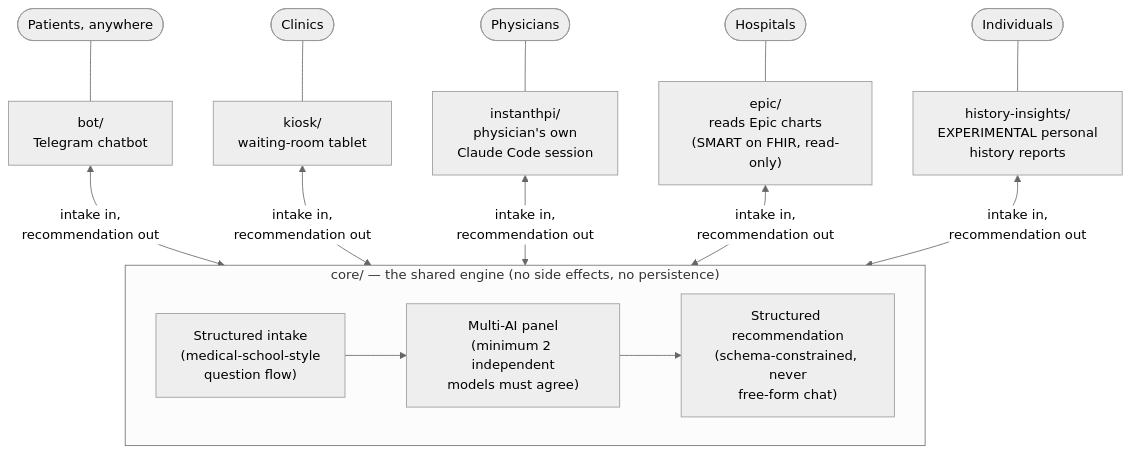
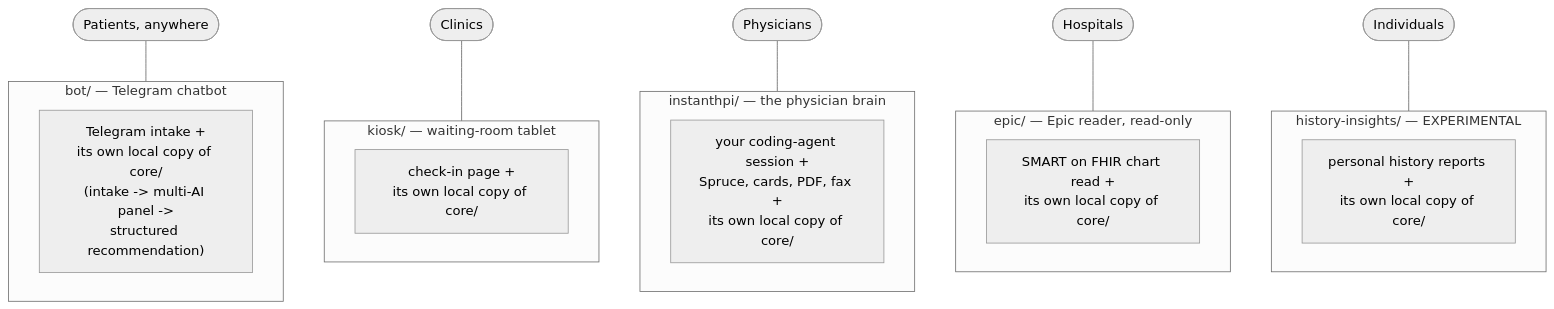
The first of 5 diagrams in docs/diagrams.md (carlosfalai/freeeducationhealth), drawn with Mermaid (neutral theme) before and after one commit. The commit also changed other lines of this file and 8 other files, not shown here.

First line of the commit message:
Per-audience start pages, no-shared-engine reframe, audience download bundles

````diff
--- a/docs/diagrams.md
+++ b/docs/diagrams.md
@@ -12,21 +25,24 @@
 ```mermaid
 flowchart TD
-    subgraph CORE["core/ — the shared engine (no side effects, no persistence)"]
-        INTAKE["Structured intake<br/>(medical-school-style<br/>question flow)"]
-        PANEL["Multi-AI panel<br/>(minimum 2 independent<br/>models must agree)"]
-        SCHEMA["Structured recommendation<br/>(schema-constrained, never<br/>free-form chat)"]
-        INTAKE --> PANEL --> SCHEMA
+    PATIENTS(["Patients, anywhere"]) --- BOT
+    CLINICS(["Clinics"]) --- KIOSK
+    PHYSICIANS(["Physicians"]) --- IHPI
+    HOSPITALS(["Hospitals"]) --- EPIC
+    INDIVIDUALS(["Individuals"]) --- HI
+
+    subgraph BOT["bot/ — Telegram chatbot"]
+        C1["Telegram intake +<br/>its own local copy of core/<br/>(intake -> multi-AI panel -><br/>structured recommendation)"]
     end
-
-    PATIENTS(["Patients, anywhere"]) --- BOT["bot/<br/>Telegram chatbot"]
-    CLINICS(["Clinics"]) --- KIOSK["kiosk/<br/>waiting-room tablet"]
-    PHYSICIANS(["Physicians"]) --- IHPI["instanthpi/<br/>physician's own<br/>Claude Code session"]
-    HOSPITALS(["Hospitals"]) --- EPIC["epic/<br/>reads Epic charts<br/>(SMART on FHIR, read-only)"]
-    INDIVIDUALS(["Individuals"]) --- HI["history-insights/<br/>EXPERIMENTAL personal<br/>history reports"]
-
-    BOT <-->|"intake in,<br/>recommendation out"| CORE
-    KIOSK <-->|"intake in,<br/>recommendation out"| CORE
-    IHPI <-->|"intake in,<br/>recommendation out"| CORE
-    EPIC <-->|"intake in,<br/>recommendation out"| CORE
-    HI <-->|"intake in,<br/>recommendation out"| CORE
+    subgraph KIOSK["kiosk/ — waiting-room tablet"]
+        C2["check-in page +<br/>its own local copy of core/"]
+    end
+    subgraph IHPI["instanthpi/ — the physician brain"]
+        C3["your coding-agent session +<br/>Spruce, cards, PDF, fax +<br/>its own local copy of core/"]
+    end
+    subgraph EPIC["epic/ — Epic reader, read-only"]
+        C4["SMART on FHIR chart read +<br/>its own local copy of core/"]
+    end
+    subgraph HI["history-insights/ — EXPERIMENTAL"]
+        C5["personal history reports +<br/>its own local copy of core/"]
+    end
 ```
````
